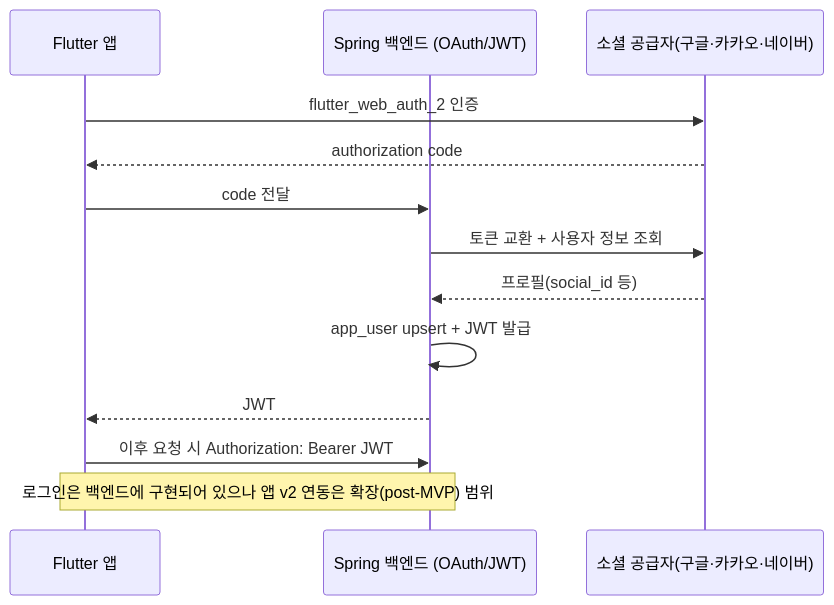
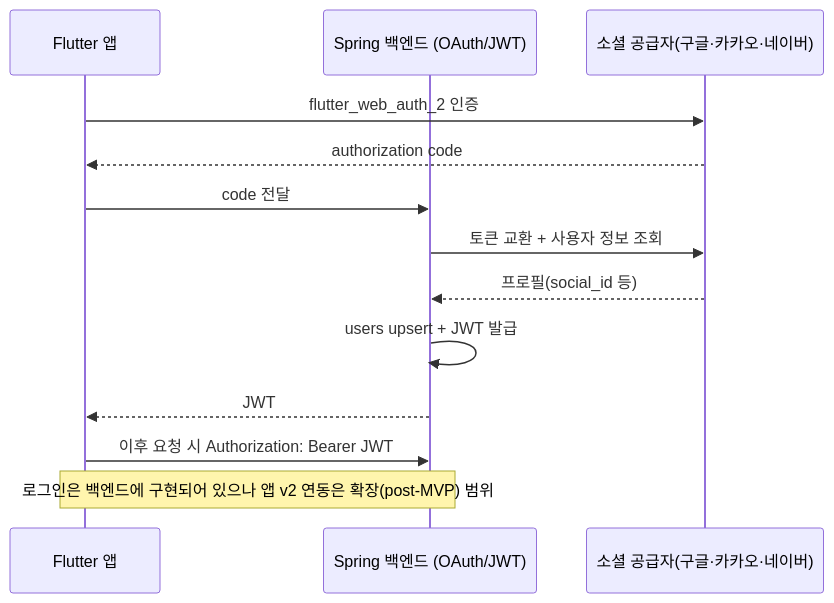
One commit to sanghyunbang/pawloop changed the fifth of 5 diagrams in docs/02-architecture/system-overview.md. Above: the diagram before and after it, drawn with Mermaid. The commit also changed 11 other files, not shown here.

First line of the commit message:
docs(db): 있지도 않은 app_user 대신 실제 테이블 users 를 적고 refresh_token 을 추가합니다

````diff
--- a/docs/02-architecture/system-overview.md
+++ b/docs/02-architecture/system-overview.md
@@ -214,16 +214,16 @@
 ```mermaid
 sequenceDiagram
     participant App as Flutter 앱
     participant BE as Spring 백엔드 (OAuth/JWT)
     participant P as 소셜 공급자(구글·카카오·네이버)
 
     App->>P: flutter_web_auth_2 인증
     P-->>App: authorization code
     App->>BE: code 전달
     BE->>P: 토큰 교환 + 사용자 정보 조회
     P-->>BE: 프로필(social_id 등)
-    BE->>BE: app_user upsert + JWT 발급
+    BE->>BE: users upsert + JWT 발급
     BE-->>App: JWT
     App->>BE: 이후 요청 시 Authorization: Bearer JWT
     Note over App,BE: 로그인은 백엔드에 구현되어 있으나 앱 v2 연동은 확장(post-MVP) 범위
 ```
````
